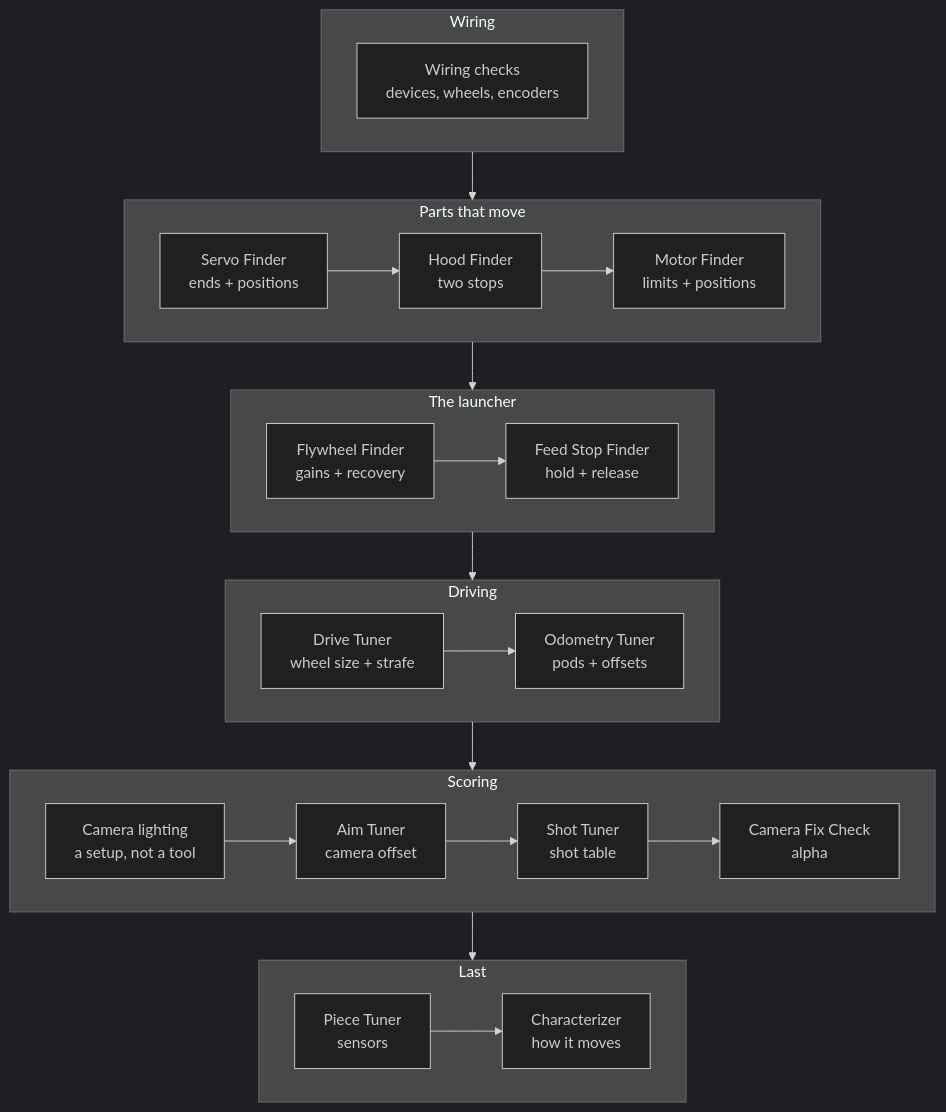
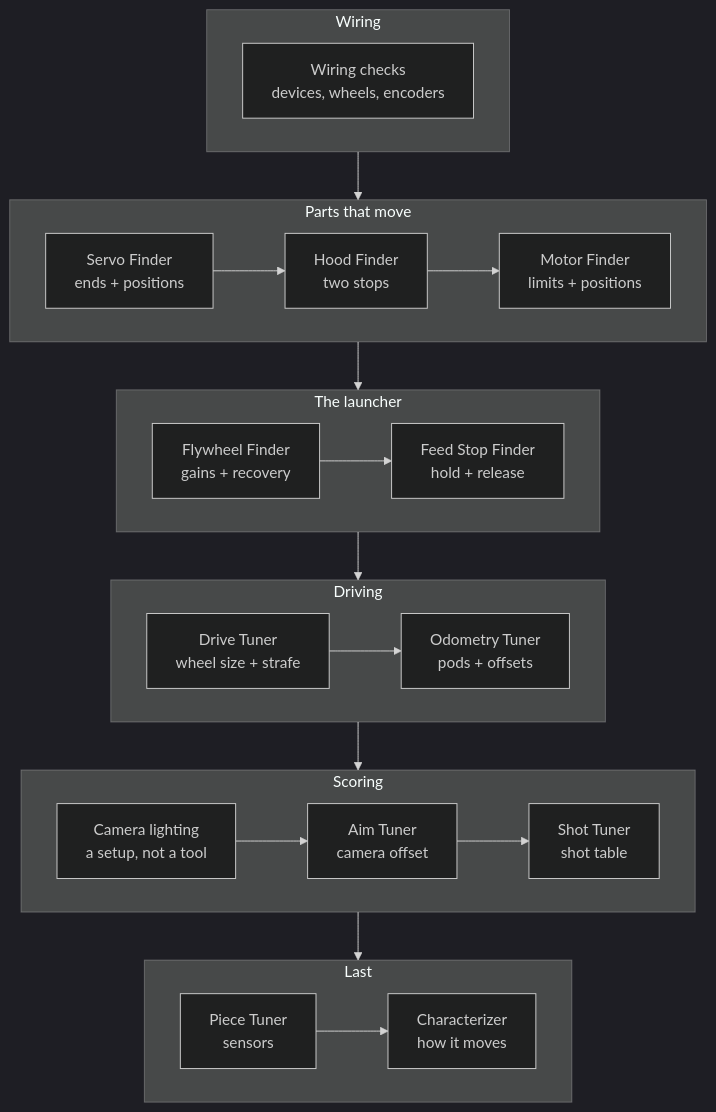
One commit to crossbotics/ftc-helper-lib changed the diagram in docs/tuning/README.md. Above: the diagram before and after it, drawn with Mermaid (dark theme). The commit also changed other lines of this file and 39 other files, not shown here.

First line of the commit message:
Camera Fix Check out of Tune and check (not for BIOBUZZ)

````diff
--- a/docs/tuning/README.md
+++ b/docs/tuning/README.md
@@ -14,27 +14,27 @@
 ```mermaid
 flowchart TB
     subgraph G1["Wiring"]
         H["Wiring checks<br/>devices, wheels, encoders"]
     end
     subgraph G2["Parts that move"]
         direction LR
         S["Servo Finder<br/>ends + positions"] --> HO["Hood Finder<br/>two stops"] --> M["Motor Finder<br/>limits + positions"]
     end
     subgraph G3["The launcher"]
         direction LR
         F["Flywheel Finder<br/>gains + recovery"] --> FS["Feed Stop Finder<br/>hold + release"]
     end
     subgraph G4["Driving"]
         direction LR
         D["Drive Tuner<br/>wheel size + strafe"] --> O["Odometry Tuner<br/>pods + offsets"]
     end
     subgraph G5["Scoring"]
         direction LR
-        L["Camera lighting<br/>a setup, not a tool"] --> A["Aim Tuner<br/>camera offset"] --> T["Shot Tuner<br/>shot table"] --> CF["Camera Fix Check<br/>alpha"]
+        L["Camera lighting<br/>a setup, not a tool"] --> A["Aim Tuner<br/>camera offset"] --> T["Shot Tuner<br/>shot table"]
     end
     subgraph G6["Last"]
         direction LR
         P["Piece Tuner<br/>sensors"] --> C["Characterizer<br/>how it moves"]
     end
     G1 --> G2 --> G3 --> G4 --> G5 --> G6
 ```
````
